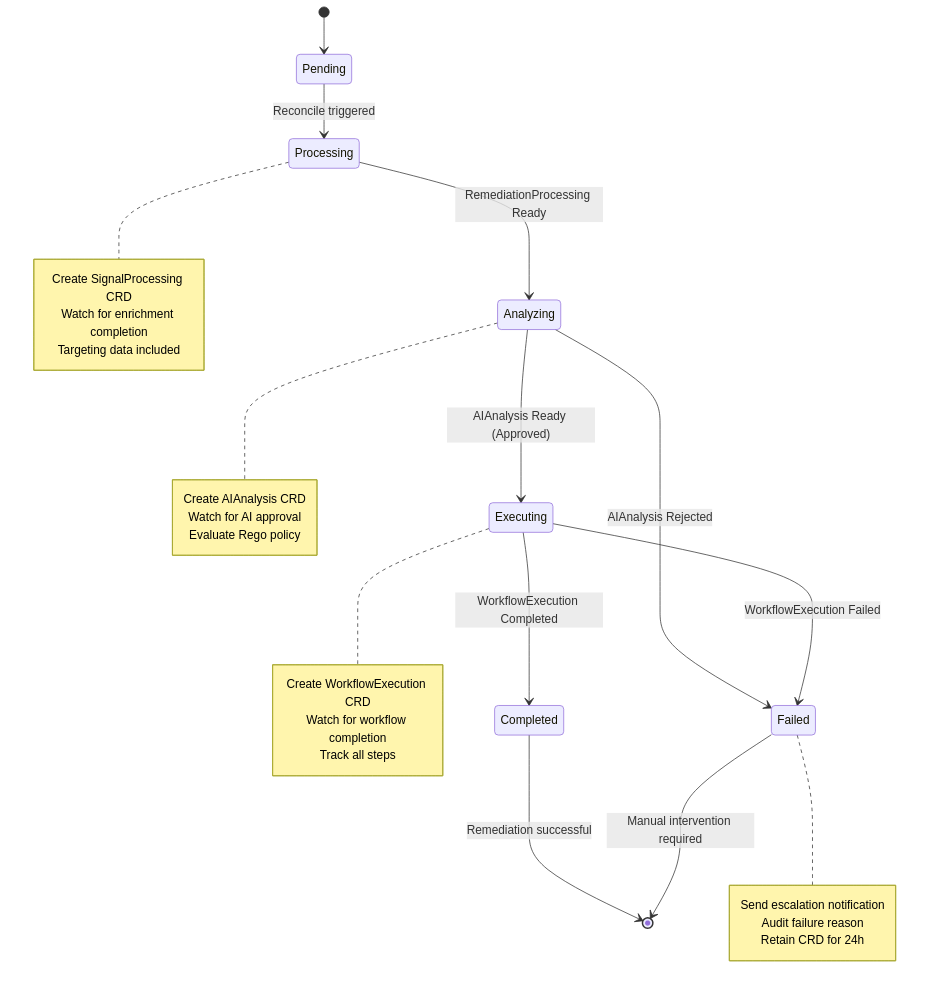
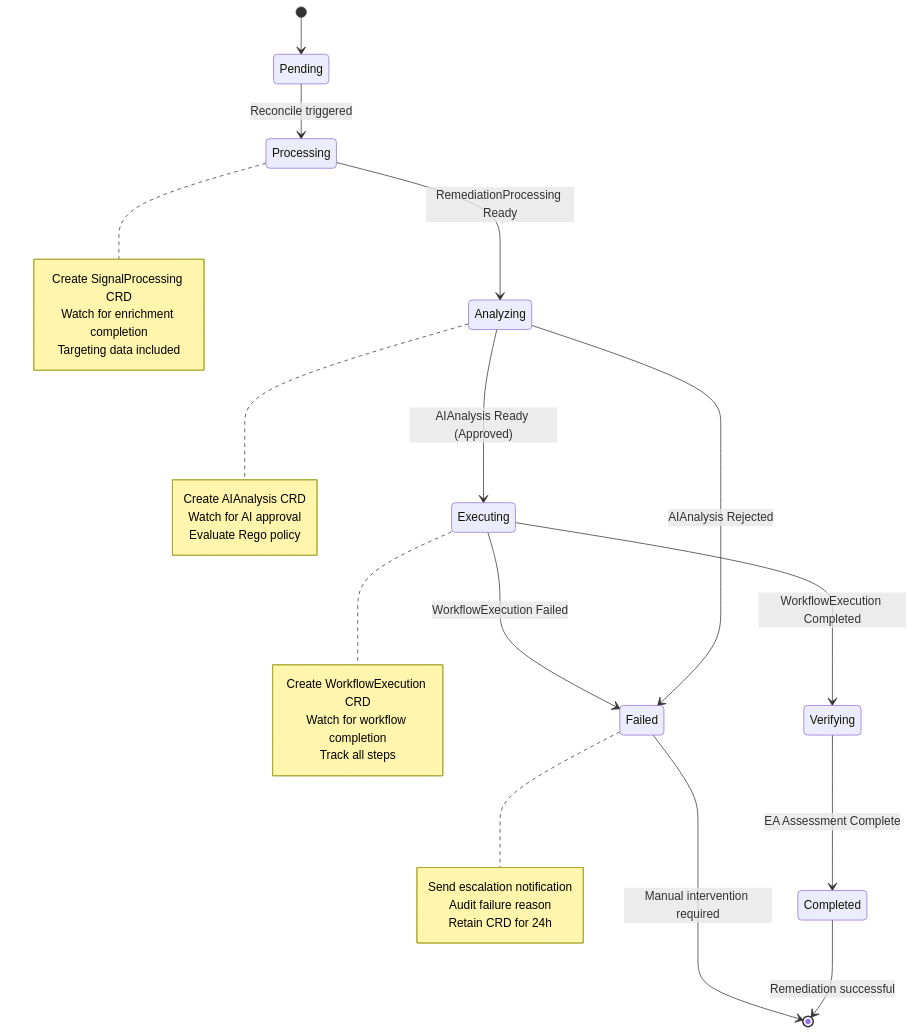
One commit to jordigilh/kubernaut changed diagram 15 of 16 in docs/architecture/references/visual-diagrams-master.md. Above: the diagram before and after it, drawn with Mermaid. The commit also changed 14 other files, not shown here.

````diff
--- a/docs/architecture/references/visual-diagrams-master.md
+++ b/docs/architecture/references/visual-diagrams-master.md
@@ -623,36 +623,37 @@
 ```mermaid
 stateDiagram-v2
     [*] --> Pending
     Pending --> Processing: Reconcile triggered
     Processing --> Analyzing: RemediationProcessing Ready
     Analyzing --> Executing: AIAnalysis Ready (Approved)
     Analyzing --> Failed: AIAnalysis Rejected
-    Executing --> Completed: WorkflowExecution Completed
+    Executing --> Verifying: WorkflowExecution Completed
     Executing --> Failed: WorkflowExecution Failed
+    Verifying --> Completed: EA Assessment Complete
     Completed --> [*]: Remediation successful
     Failed --> [*]: Manual intervention required
 
     note right of Processing
         Create SignalProcessing CRD
         Watch for enrichment completion
         Targeting data included
     end note
 
     note right of Analyzing
         Create AIAnalysis CRD
         Watch for AI approval
         Evaluate Rego policy
     end note
 
     note right of Executing
         Create WorkflowExecution CRD
         Watch for workflow completion
         Track all steps
     end note
 
     note right of Failed
         Send escalation notification
         Audit failure reason
         Retain CRD for 24h
     end note
 ```
````
